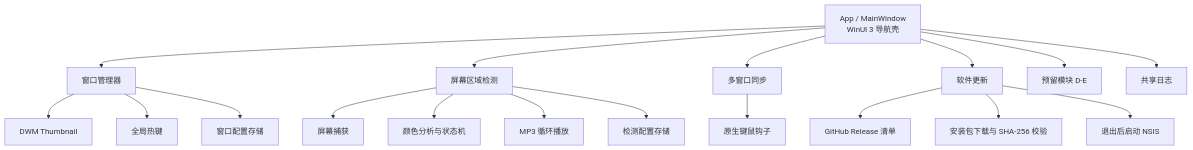
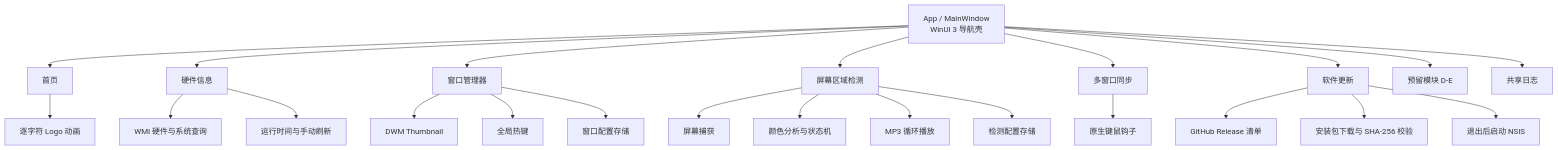
The diagram in README.md (Wineclouds04/Wineclouds-Studio), drawn with Mermaid before and after one commit. The commit also changed other lines of this file and 11 other files, not shown here.

````diff
--- a/README.md
+++ b/README.md
@@ -72,21 +73,26 @@
 ```mermaid
 flowchart TB
-    App[App / MainWindow\nWinUI 3 导航壳] --> A[窗口管理器]
+    App[App / MainWindow\nWinUI 3 导航壳] --> H[首页]
+    App --> I[硬件信息]
+    App --> A[窗口管理器]
     App --> B[屏幕区域检测]
     App --> C[多窗口同步]
     App --> F[软件更新]
     App --> D[预留模块 D-E]
 
+    H --> H1[逐字符 Logo 动画]
+    I --> I1[WMI 硬件与系统查询]
+    I --> I2[运行时间与手动刷新]
     A --> A1[DWM Thumbnail]
     A --> A2[全局热键]
     A --> A3[窗口配置存储]
     B --> B1[屏幕捕获]
     B --> B2[颜色分析与状态机]
     B --> B3[MP3 循环播放]
     B --> B4[检测配置存储]
     C --> C1[原生键鼠钩子]
     F --> F1[GitHub Release 清单]
     F --> F2[安装包下载与 SHA-256 校验]
     F --> F3[退出后启动 NSIS]
     App --> L[共享日志]
 ```
````
